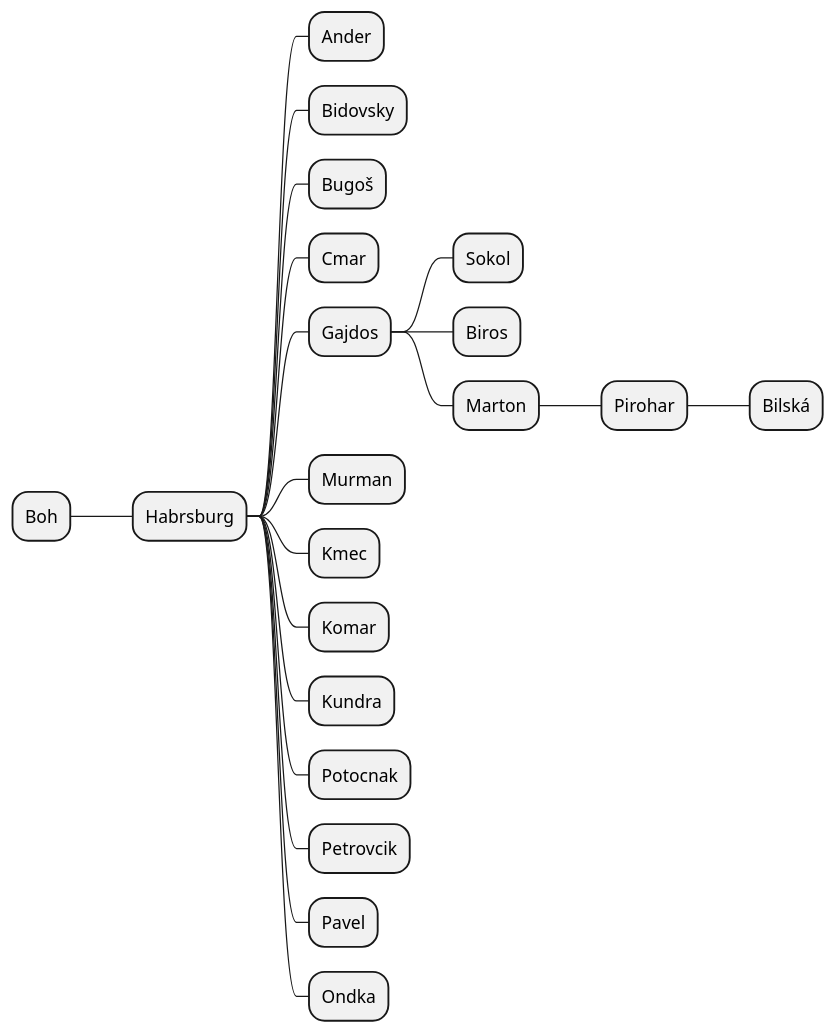
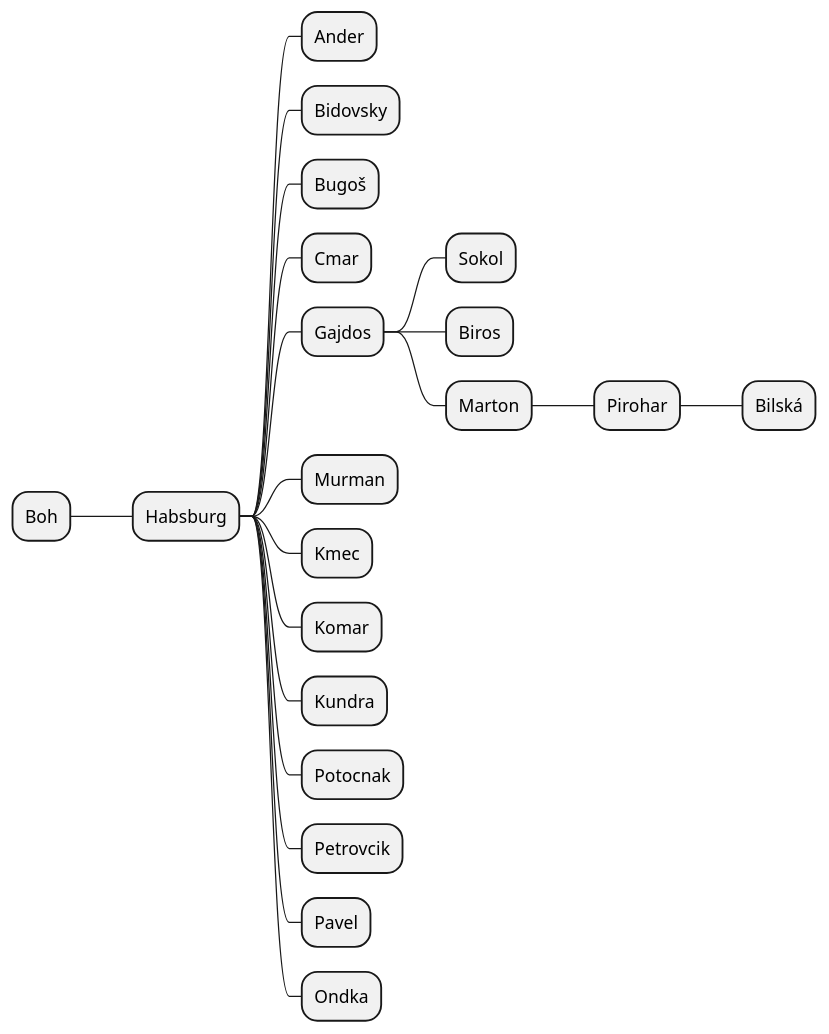
Before and after one commit to maty535/urbariat: the second of 2 diagrams in vztahy.md, drawn with PlantUML.

````diff
--- a/vztahy.md
+++ b/vztahy.md
@@ -23,25 +23,25 @@
 ```plantuml!
 @startmindmap top to bottom direction
 * Boh
-** Habrsburg
+** Habsburg
 *** Ander
 *** Bidovsky
 *** Bugoš
 *** Cmar
 *** Gajdos
 **** Sokol
 **** Biros
 **** Marton
 ***** Pirohar
 ****** Bilská
 *** Murman
 *** Kmec
 *** Komar
 *** Kundra
 *** Potocnak
 *** Petrovcik
 *** Pavel
 *** Ondka
 @endmindmap
 
 ```
````
